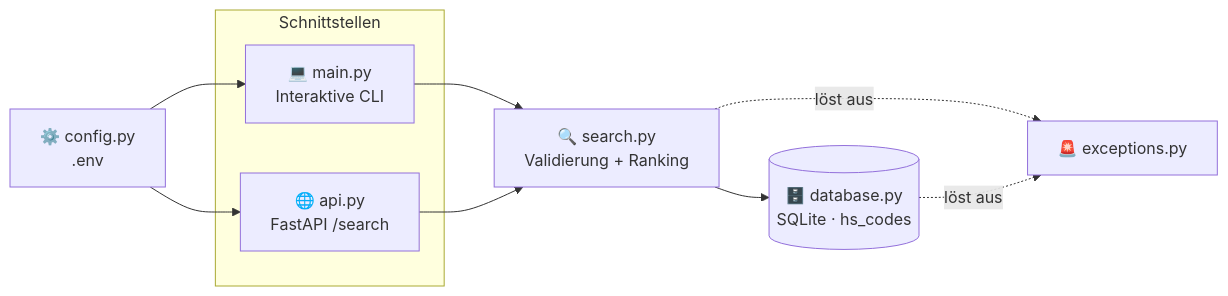
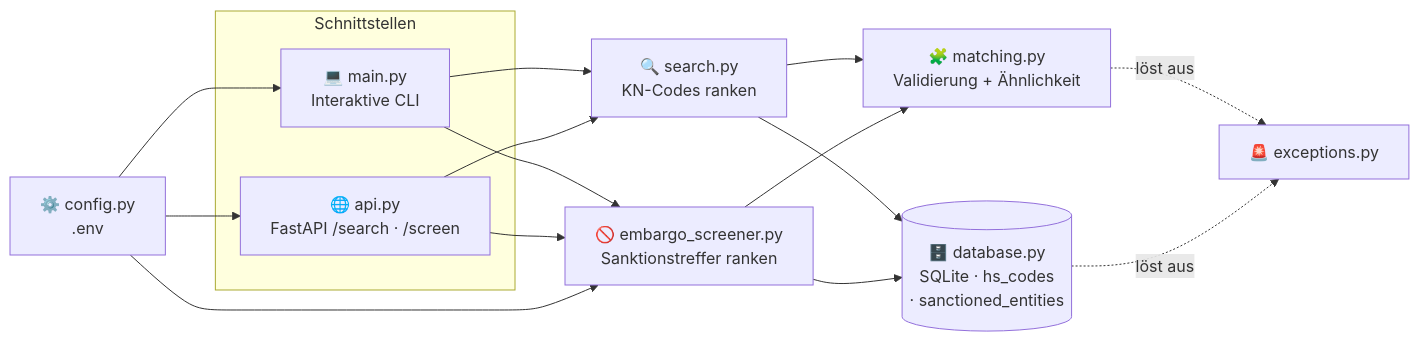
One commit to Mutersec/CustomsIQ changed the first of 2 diagrams in README.de.md. Above: the diagram before and after it, drawn with Mermaid. The commit also changed other lines of this file and 16 other files, not shown here.

````diff
--- a/README.de.md
+++ b/README.de.md
@@ -74,20 +77,28 @@
 ```mermaid
 flowchart LR
     subgraph Schnittstellen
         CLI["💻 main.py<br/>Interaktive CLI"]
-        API["🌐 api.py<br/>FastAPI /search"]
+        API["🌐 api.py<br/>FastAPI /search · /screen"]
     end
 
-    CORE["🔍 search.py<br/>Validierung + Ranking"]
-    DB[("🗄️ database.py<br/>SQLite · hs_codes")]
+    SEARCH["🔍 search.py<br/>KN-Codes ranken"]
+    SCREEN["🚫 embargo_screener.py<br/>Sanktionstreffer ranken"]
+    MATCH["🧩 matching.py<br/>Validierung + Ähnlichkeit"]
+    DB[("🗄️ database.py<br/>SQLite · hs_codes<br/>· sanctioned_entities")]
     EXC["🚨 exceptions.py"]
     CFG["⚙️ config.py<br/>.env"]
 
-    CLI --> CORE
-    API --> CORE
-    CORE --> DB
-    CORE -. löst aus .-> EXC
+    CLI --> SEARCH
+    CLI --> SCREEN
+    API --> SEARCH
+    API --> SCREEN
+    SEARCH --> MATCH
+    SCREEN --> MATCH
+    SEARCH --> DB
+    SCREEN --> DB
+    MATCH -. löst aus .-> EXC
     DB -. löst aus .-> EXC
     CFG --> CLI
     CFG --> API
+    CFG --> SCREEN
 ```
````
